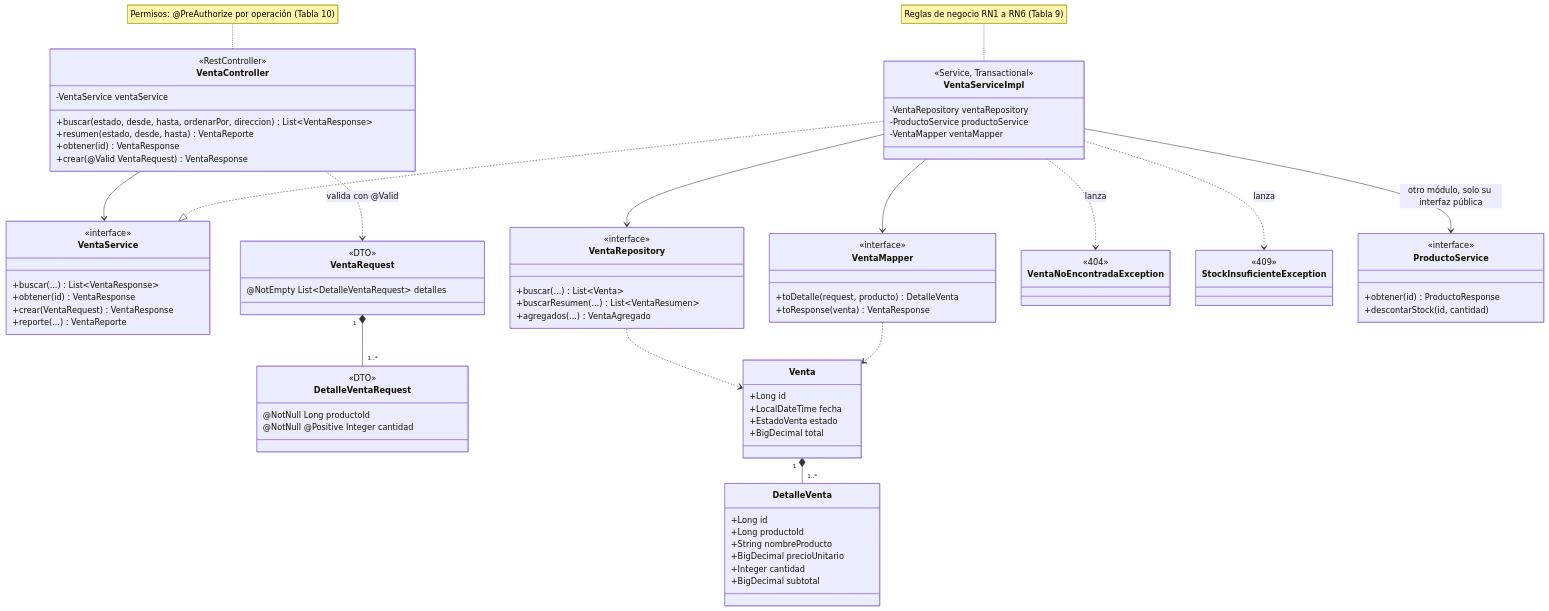
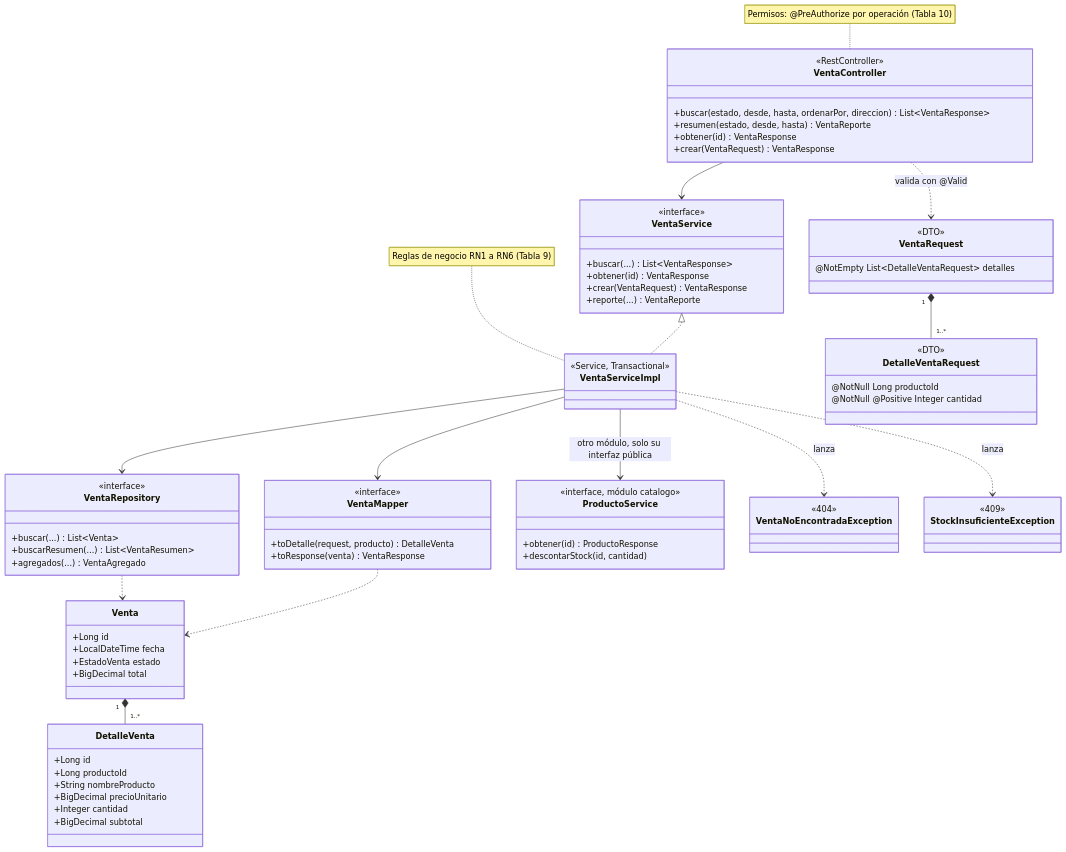
The sixth of 7 diagrams in docs/ads/sesiones/S08_Diseno_Clases_Avanzado_Transformacion_Objeto_Relacional.md (262ciclo4/bomerp), drawn with Mermaid before and after one commit. The commit also changed other lines of this file, not shown here.

````diff
--- a/docs/ads/sesiones/S08_Diseno_Clases_Avanzado_Transformacion_Objeto_Relacional.md
+++ b/docs/ads/sesiones/S08_Diseno_Clases_Avanzado_Transformacion_Objeto_Relacional.md
@@ -426,12 +429,12 @@
 ```mermaid
 classDiagram
+    direction TB
     class VentaController {
         <<RestController>>
-        -VentaService ventaService
         +buscar(estado, desde, hasta, ordenarPor, direccion) List~VentaResponse~
         +resumen(estado, desde, hasta) VentaReporte
         +obtener(id) VentaResponse
-        +crear(@Valid VentaRequest) VentaResponse
+        +crear(VentaRequest) VentaResponse
     }
     class VentaService {
         <<interface>>
@@ -442,9 +445,6 @@
     }
     class VentaServiceImpl {
         <<Service, Transactional>>
-        -VentaRepository ventaRepository
-        -ProductoService productoService
-        -VentaMapper ventaMapper
     }
     class VentaRepository {
         <<interface>>
@@ -457,6 +457,11 @@
         +toDetalle(request, producto) DetalleVenta
         +toResponse(venta) VentaResponse
     }
+    class ProductoService {
+        <<interface, módulo catalogo>>
+        +obtener(id) ProductoResponse
+        +descontarStock(id, cantidad)
+    }
     class VentaRequest {
         <<DTO>>
         @NotEmpty List~DetalleVentaRequest~ detalles
@@ -465,12 +470,6 @@
         <<DTO>>
         @NotNull Long productoId
         @NotNull @Positive Integer cantidad
-    }
-    class VentaNoEncontradaException {
-        <<404>>
-    }
-    class StockInsuficienteException {
-        <<409>>
     }
     class Venta {
         +Long id
@@ -486,16 +485,17 @@
         +Integer cantidad
         +BigDecimal subtotal
     }
-    class ProductoService {
-        <<interface>>
-        +obtener(id) ProductoResponse
-        +descontarStock(id, cantidad)
+    class VentaNoEncontradaException {
+        <<404>>
+    }
+    class StockInsuficienteException {
+        <<409>>
     }
 
     VentaController --> VentaService
     VentaController ..> VentaRequest : valida con @Valid
     VentaRequest "1" *-- "1..*" DetalleVentaRequest
-    VentaServiceImpl ..|> VentaService
+    VentaService <|.. VentaServiceImpl
     VentaServiceImpl --> VentaRepository
     VentaServiceImpl --> VentaMapper
     VentaServiceImpl --> ProductoService : otro módulo, solo su interfaz pública
````
